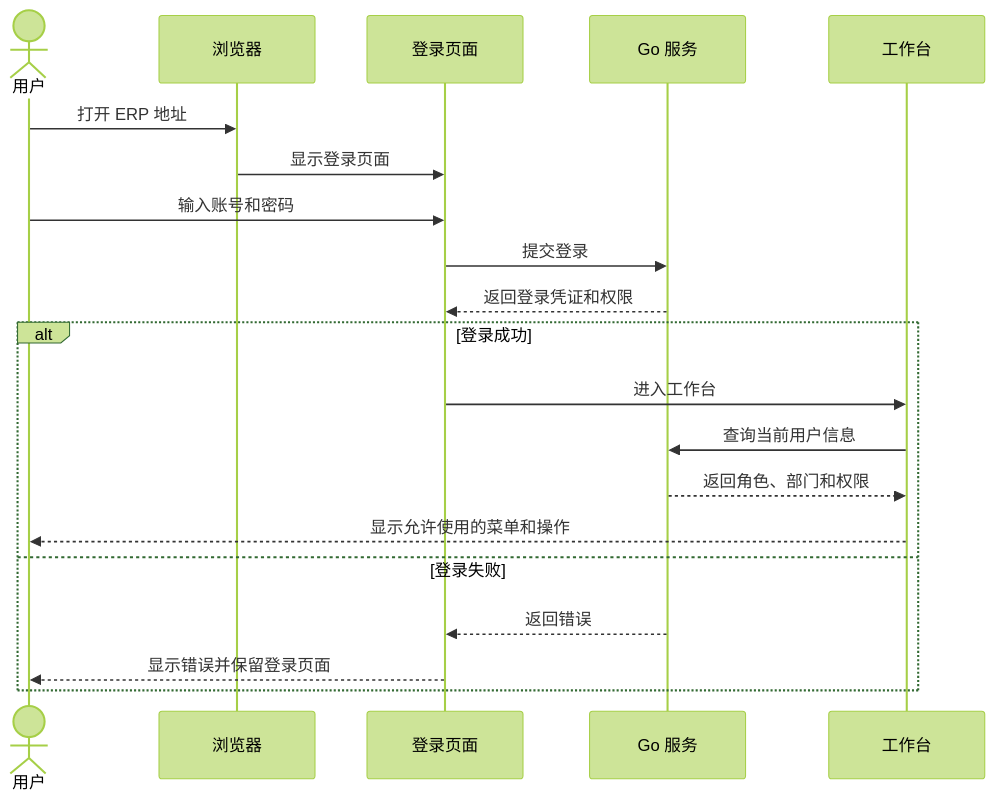
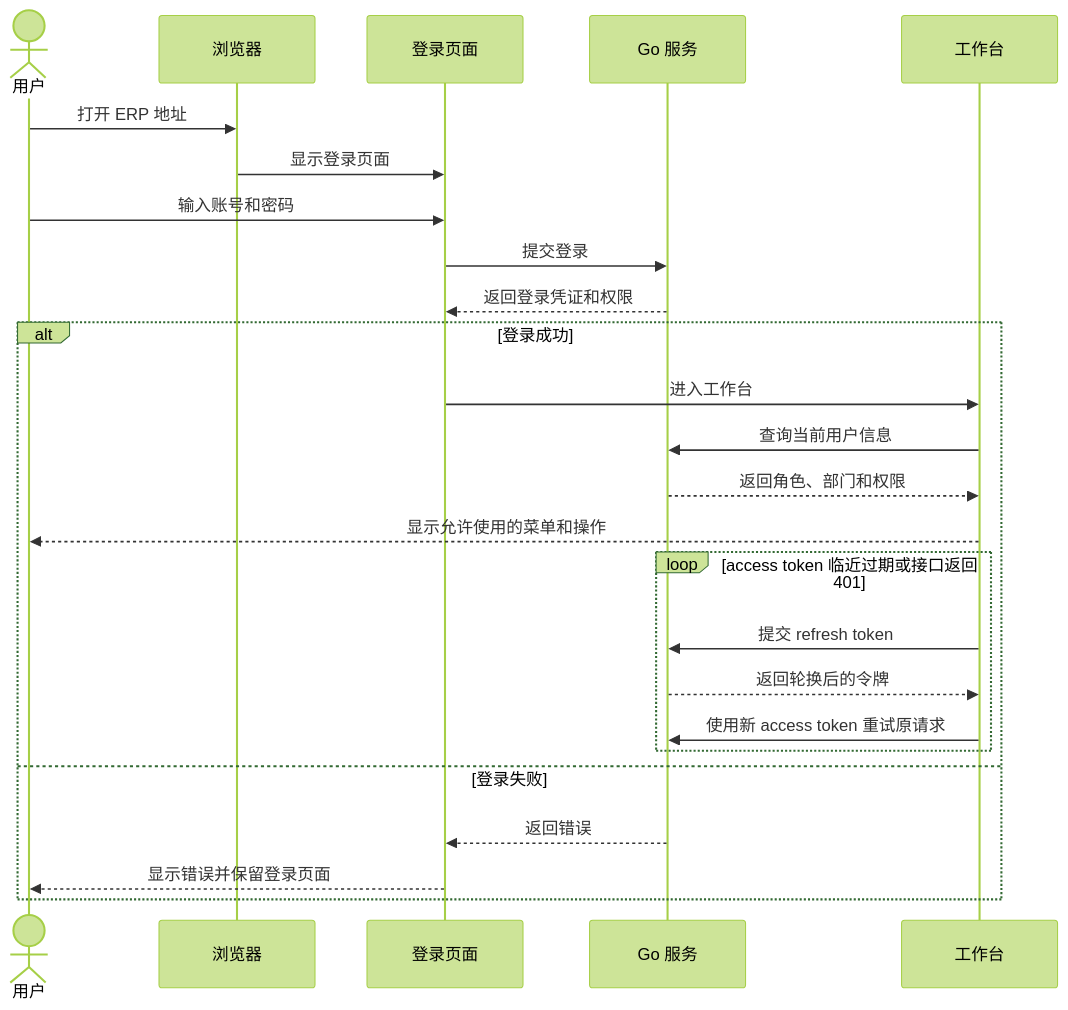
Before and after one commit to SilenceJR/bb_erp_echo: the third of 7 diagrams in docs/WEB_CLIENT_ARCHITECTURE.md, drawn with Mermaid (forest theme). The commit also changed other lines of this file and 22 other files, not shown here.

```diff
--- a/docs/WEB_CLIENT_ARCHITECTURE.md
+++ b/docs/WEB_CLIENT_ARCHITECTURE.md
@@ -127,24 +128,29 @@
 ~~~mermaid
 sequenceDiagram
     actor user as 用户
     participant browser as 浏览器
     participant login as 登录页面
     participant api as Go 服务
     participant workspace as 工作台
 
     user->>browser: 打开 ERP 地址
     browser->>login: 显示登录页面
     user->>login: 输入账号和密码
     login->>api: 提交登录
     api-->>login: 返回登录凭证和权限
 
     alt 登录成功
         login->>workspace: 进入工作台
         workspace->>api: 查询当前用户信息
         api-->>workspace: 返回角色、部门和权限
         workspace-->>user: 显示允许使用的菜单和操作
+        loop access token 临近过期或接口返回 401
+            workspace->>api: 提交 refresh token
+            api-->>workspace: 返回轮换后的令牌
+            workspace->>api: 使用新 access token 重试原请求
+        end
     else 登录失败
         api-->>login: 返回错误
         login-->>user: 显示错误并保留登录页面
     end
 ~~~
```
